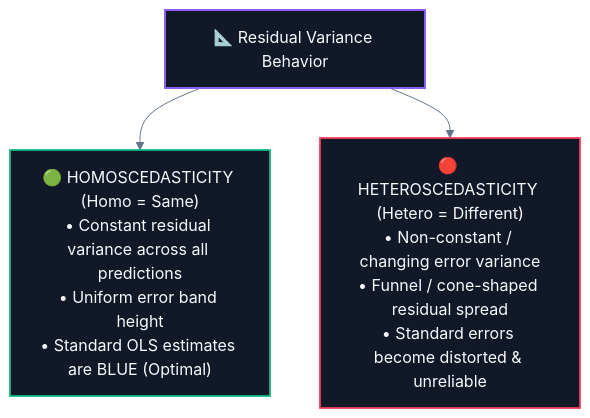
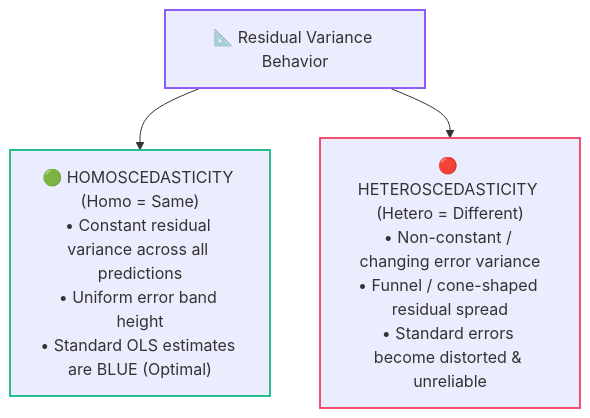
Before and after one commit to abhinavbharti2345/CS_Notes: the second of 3 diagrams in CS/AI & ML/01. Classical ML/06. Linear Regression Assumptions.md, drawn with Mermaid. The commit also changed other lines of this file and 91 other files, not shown here.

````diff
--- a/CS/AI & ML/01. Classical ML/06. Linear Regression Assumptions.md
+++ b/CS/AI & ML/01. Classical ML/06. Linear Regression Assumptions.md
@@ -212,17 +211,16 @@
 ```mermaid
-%%{init: {'theme': 'base', 'themeVariables': { 'darkMode': true, 'background': '#0B0F14', 'mainBkg': '#111827', 'primaryColor': '#111827', 'primaryTextColor': '#F8FAFC', 'primaryBorderColor': '#38BDF8', 'lineColor': '#64748B', 'secondaryColor': '#0B0F14', 'tertiaryColor': '#0B0F14', 'clusterBkg': '#0B0F14', 'clusterBorder': '#38BDF8' }}}%%
 flowchart TD
     Var["📐 Residual Variance Behavior"]
     
     Var --> Homo["🟢 HOMOSCEDASTICITY (Homo = Same)<br/>• Constant residual variance across all predictions<br/>• Uniform error band height<br/>• Standard OLS estimates are BLUE (Optimal)"]
     
     Var --> Hetero["🔴 HETEROSCEDASTICITY (Hetero = Different)<br/>• Non-constant / changing error variance<br/>• Funnel / cone-shaped residual spread<br/>• Standard errors become distorted & unreliable"]
 
-    classDef root fill:#111827,stroke:#8b5cf6,stroke-width:2px,color:#F8FAFC;
-    classDef homo fill:#111827,stroke:#10b981,stroke-width:1.8px,color:#F8FAFC;
-    classDef hetero fill:#111827,stroke:#f43f5e,stroke-width:1.8px,color:#F8FAFC;
+    classDef root stroke:#8b5cf6,stroke-width:2px;
+    classDef homo stroke:#10b981,stroke-width:1.8px;
+    classDef hetero stroke:#f43f5e,stroke-width:1.8px;
 
     class Var root;
     class Homo homo;
     class Hetero hetero;
 ```
````
